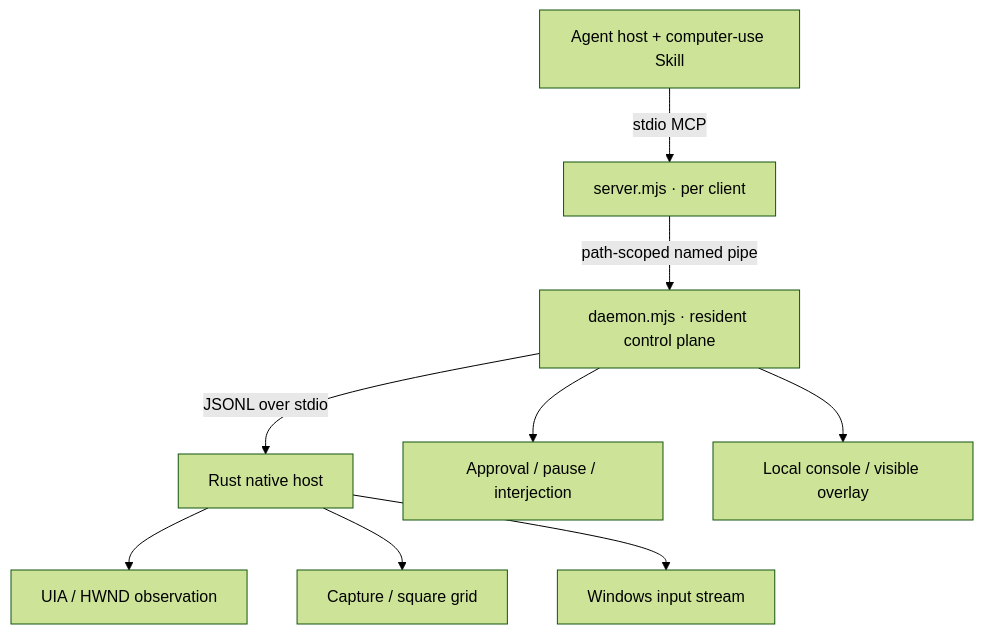
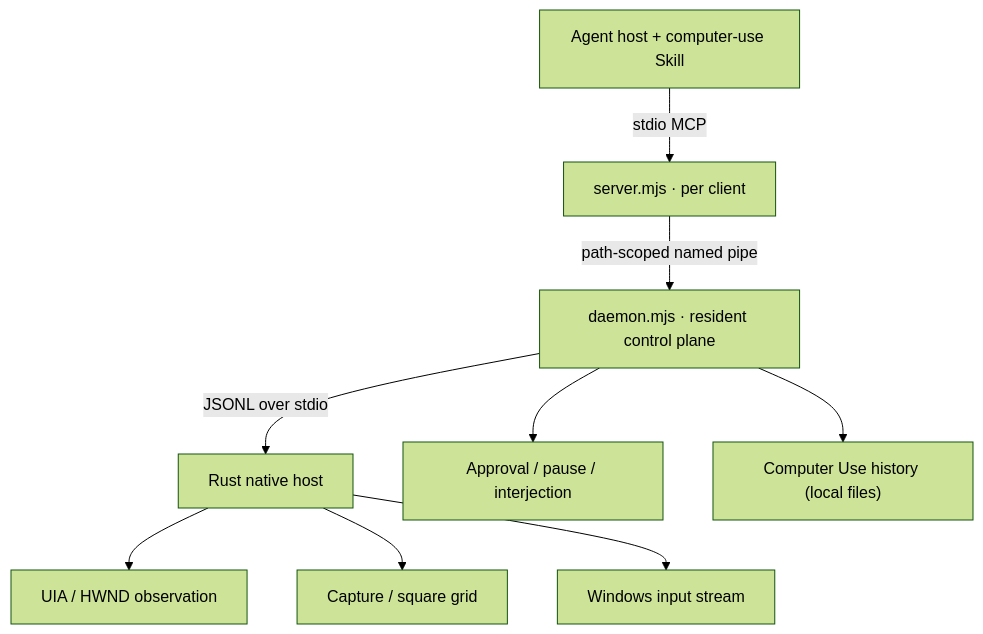
One commit to Guojiz/FastCUA changed the first of 2 diagrams in docs/TECHNICAL_PAPER.md. Above: the diagram before and after it, drawn with Mermaid (forest theme). The commit also changed other lines of this file and 39 other files, not shown here.

````diff
--- a/docs/TECHNICAL_PAPER.md
+++ b/docs/TECHNICAL_PAPER.md
@@ -75,11 +75,11 @@
 ```mermaid
 flowchart TB
   A["Agent host + computer-use Skill"] -->|"stdio MCP"| B["server.mjs · per client"]
   B -->|"path-scoped named pipe"| C["daemon.mjs · resident control plane"]
   C -->|"JSONL over stdio"| D["Rust native host"]
   D --> E["UIA / HWND observation"]
   D --> F["Capture / square grid"]
   D --> G["Windows input stream"]
   C --> H["Approval / pause / interjection"]
-  C --> I["Local console / visible overlay"]
+  C --> I["Computer Use history (local files)"]
 ```
````
